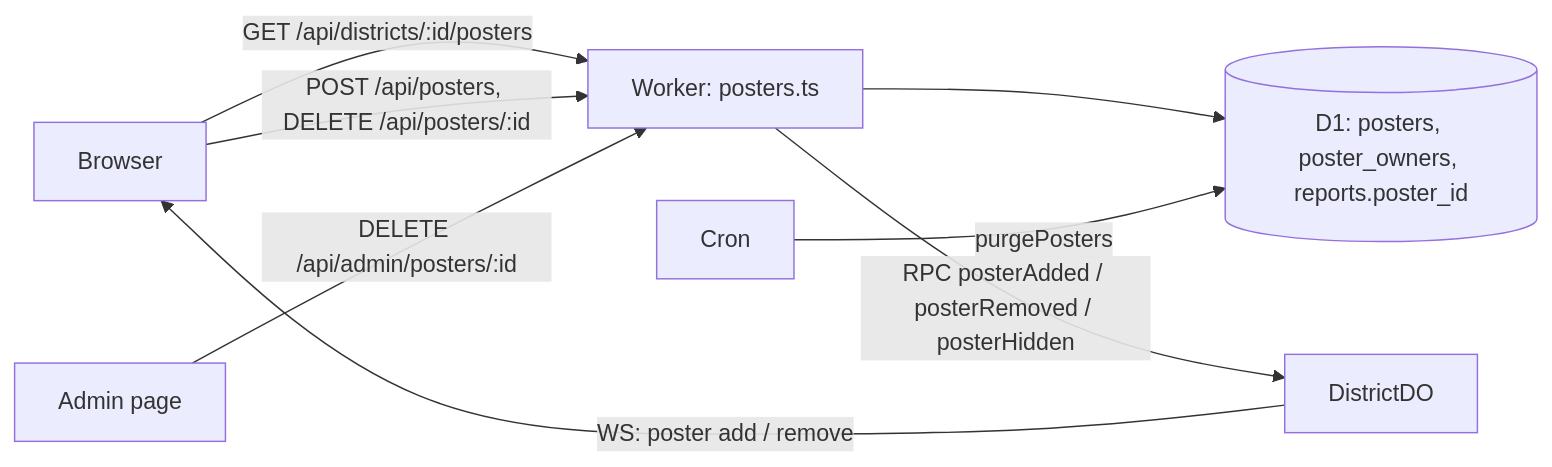
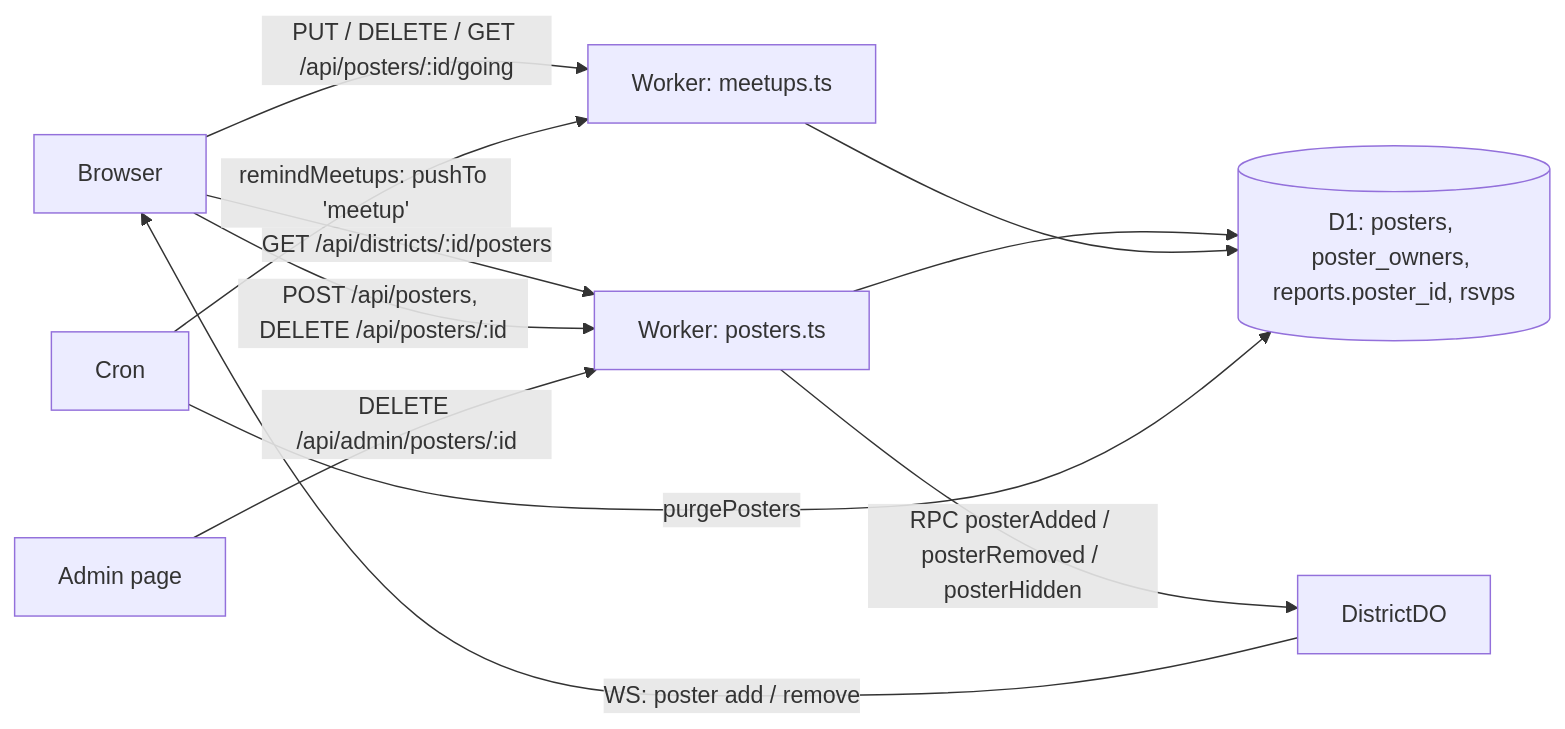
One commit to manishbisht/gulabi-gali changed the fourth of 5 diagrams in docs/architecture.md. Above: the diagram before and after it, drawn with Mermaid. The commit also changed other lines of this file and 19 other files, not shown here.

````diff
--- a/docs/architecture.md
+++ b/docs/architecture.md
@@ -433,10 +435,13 @@
 ```mermaid
 flowchart LR
   B["Browser"] -->|"GET /api/districts/:id/posters"| W["Worker: posters.ts"]
   B -->|"POST /api/posters, DELETE /api/posters/:id"| W
-  W --> D1[("D1: posters, poster_owners, reports.poster_id")]
+  B -->|"PUT / DELETE / GET /api/posters/:id/going"| M["Worker: meetups.ts"]
+  W --> D1[("D1: posters, poster_owners, reports.poster_id, rsvps")]
+  M --> D1
   W -->|"RPC posterAdded / posterRemoved / posterHidden"| DD["DistrictDO"]
   DD -->|"WS: poster add / remove"| B
   A["Admin page"] -->|"DELETE /api/admin/posters/:id"| W
   C["Cron"] -->|"purgePosters"| D1
+  C -->|"remindMeetups: pushTo 'meetup'"| M
 ```
````
